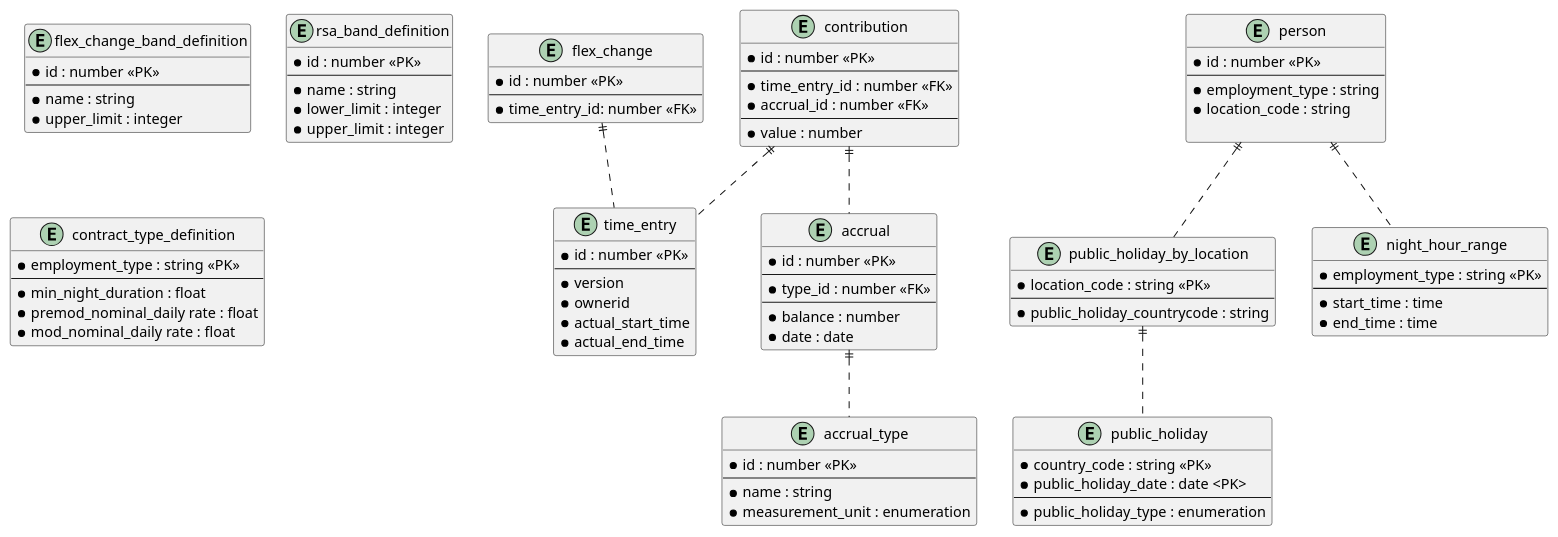
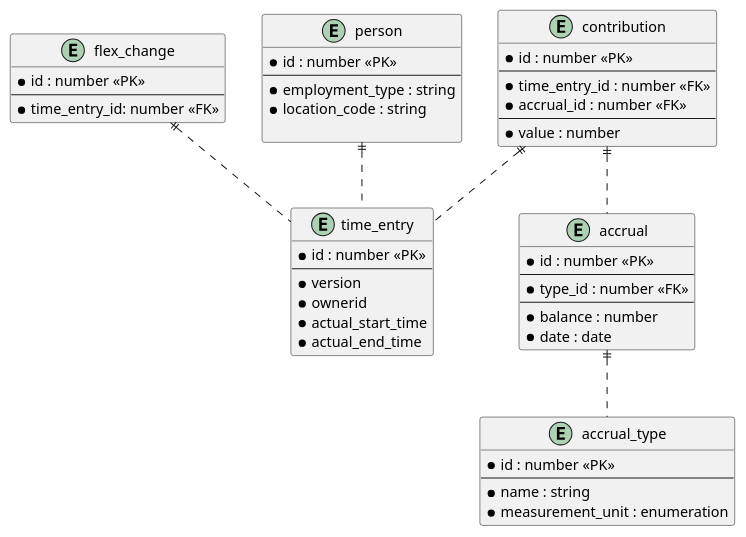
Before and after one commit to UKHomeOffice/callisto-accruals-restapi: the diagram in docs/storage-model.puml, drawn with PlantUML. The commit also changed 4 other files, not shown here.

```diff
--- a/docs/storage-model.puml
+++ b/docs/storage-model.puml
@@ -1,104 +1,59 @@
 @startuml
 
 entity time_entry {
   * id : number <<PK>>
   --
   * version
   * ownerid
   * actual_start_time
   * actual_end_time
 }
 
 entity flex_change {
   * id : number <<PK>>
   --
   * time_entry_id: number <<FK>>
 }
 
 entity accrual {
   * id : number <<PK>>
   --
   * type_id : number <<FK>>
   --
   * balance : number
   * date : date
 }
 
 entity contribution {
   * id : number <<PK>>
   --
   * time_entry_id : number <<FK>>
   * accrual_id : number <<FK>>
   --
   * value : number
 }
 
 entity accrual_type {
   * id : number <<PK>>
   --
   * name : string
   * measurement_unit : enumeration
 }
 
 accrual ||.. accrual_type
 contribution ||.. accrual
 contribution ||.. time_entry
 flex_change ||.. time_entry
 
+
 entity person {
   * id : number <<PK>>
   --
   * employment_type : string
   * location_code : string
   
 }
 
-entity public_holiday_by_location {
-  * location_code : string <<PK>>
-  --
-  * public_holiday_countrycode : string
-}
-
-entity public_holiday {
-  * country_code : string <<PK>>
-  * public_holiday_date : date <PK>
-  --
-  * public_holiday_type : enumeration
-}
-
-person ||.. public_holiday_by_location
-public_holiday_by_location ||.. public_holiday
-
-entity flex_change_band_definition {
-  * id : number <<PK>>
-  --
-  * name : string
-  * upper_limit : integer
-}
-  
-entity rsa_band_definition {
-  * id : number <<PK>>
-  --
-  * name : string
-  * lower_limit : integer
-  * upper_limit : integer
-}
-
-entity night_hour_range {
-  * employment_type : string <<PK>>
-  --
-  * start_time : time
-  * end_time : time
-}
-
-person ||.. night_hour_range
-
-entity contract_type_definition {
-  * employment_type : string <<PK>>
-  --
-  * min_night_duration : float
-  * premod_nominal_daily rate : float
-  * mod_nominal_daily rate : float
-}
+person ||.. time_entry
 
 @enduml
```
